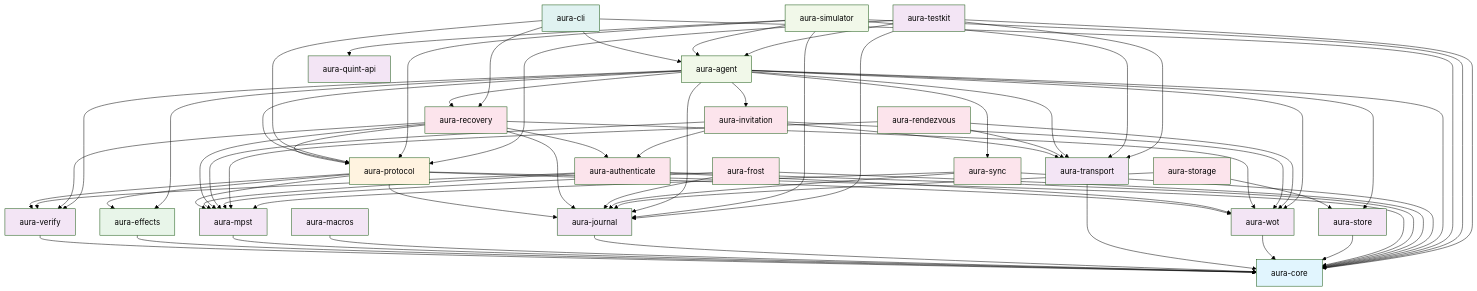
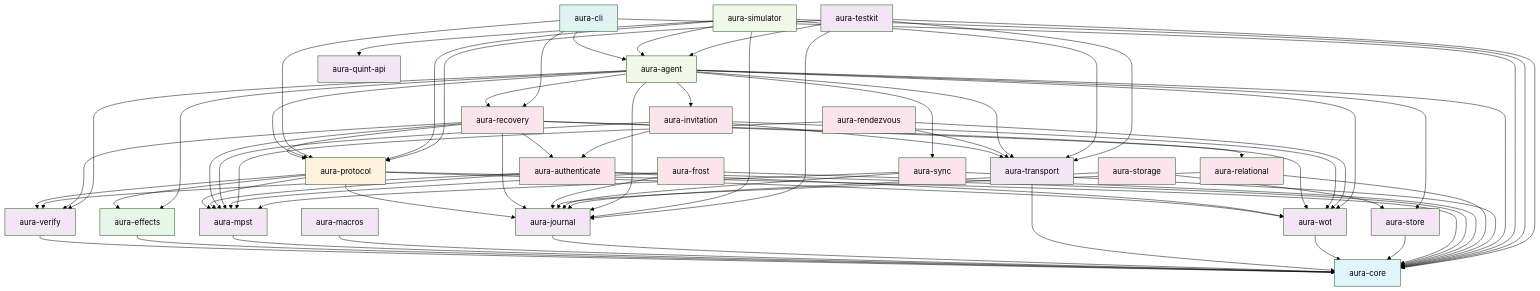
Before and after one commit to hxrts/aura: the diagram in docs/999_project_structure.md, drawn with Mermaid (forest theme). The commit also changed other lines of this file and 29 other files, not shown here.

```diff
--- a/docs/999_project_structure.md
+++ b/docs/999_project_structure.md
@@ -204,6 +206,7 @@
     recovery[aura-recovery]
     invitation[aura-invitation]
     frost[aura-frost]
+    relational[aura-relational]
     rendezvous[aura-rendezvous]
     sync[aura-sync]
     storage[aura-storage]
@@ -244,6 +247,7 @@
     recovery --> mpst
     recovery --> protocol
     recovery --> journal
+    recovery --> relational
     invitation --> auth
     invitation --> wot
     invitation --> mpst
@@ -251,6 +255,8 @@
     frost --> types
     frost --> journal
     frost --> mpst
+    relational --> types
+    relational --> journal
     rendezvous --> transport
     rendezvous --> wot
     rendezvous --> mpst
@@ -300,7 +306,7 @@
     class verify,journal,wot,store,transport,mpst,macros spec
     class effects effects
     class protocol protocol
-    class auth,recovery,invitation,frost,rendezvous,sync,storage feature
+    class auth,recovery,invitation,frost,relational,rendezvous,sync,storage feature
     class agent,simulator runtime
     class cli app
     class testkit,quint test
```
